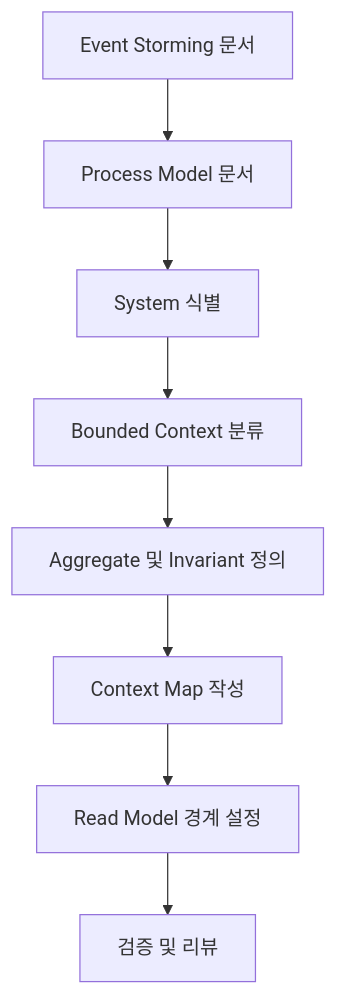
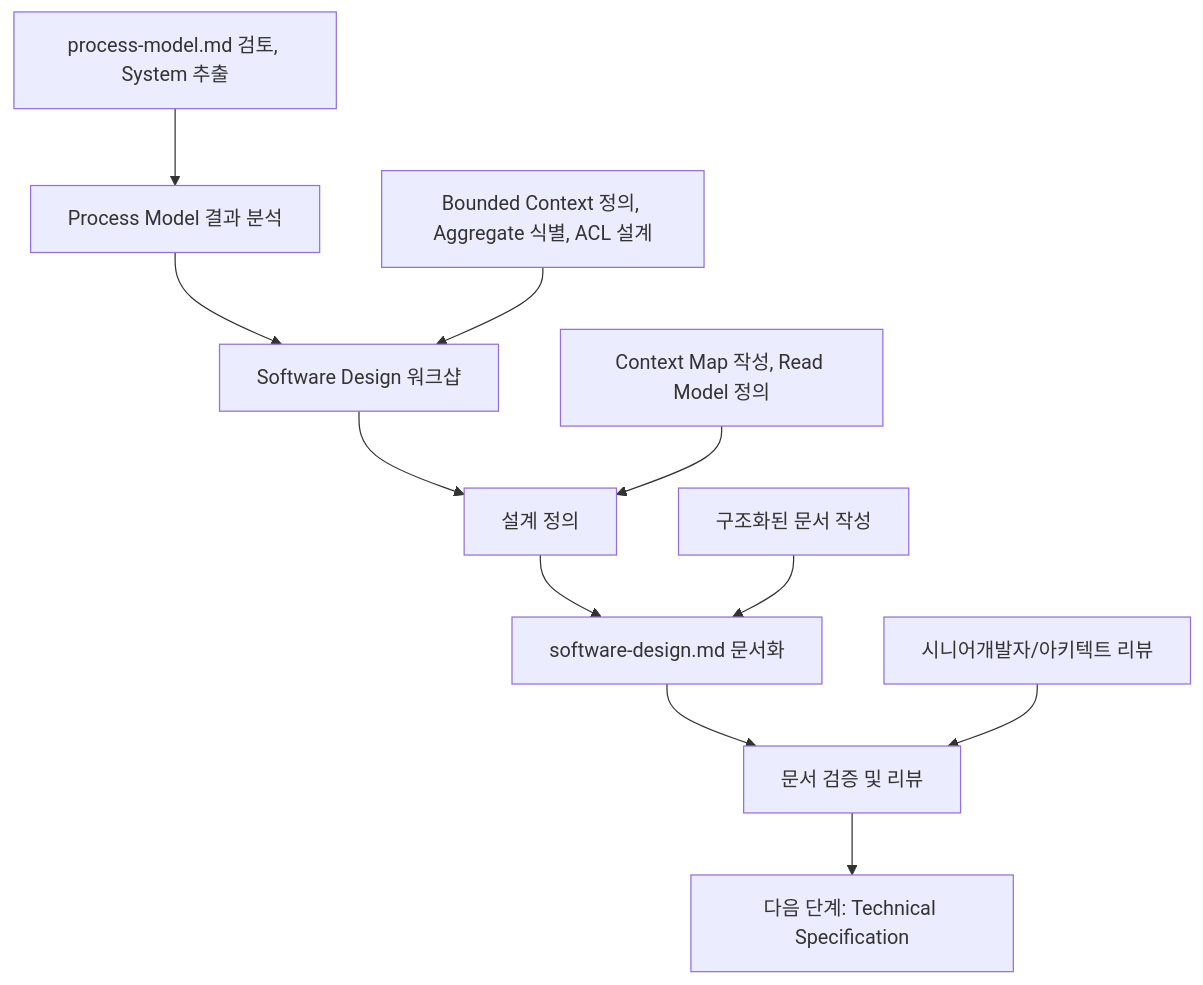
One commit to tyohnn/ssota-canvas changed the diagram in docs/event-domain-design/guide/03-software-design-guide.md. Above: the diagram before and after it, drawn with Mermaid. The commit also changed other lines of this file and 45 other files, not shown here.

````diff
--- a/docs/event-domain-design/guide/03-software-design-guide.md
+++ b/docs/event-domain-design/guide/03-software-design-guide.md
@@ -11,10 +11,14 @@
 ```mermaid
 graph TD
-    A[Event Storming 문서] --> B[Process Model 문서]
-    B --> C[System 식별]
-    C --> D[Bounded Context 분류]
-    D --> E[Aggregate 및 Invariant 정의]
-    E --> F[Context Map 작성]
-    F --> G[Read Model 경계 설정]
-    G --> H[검증 및 리뷰]
+    A[Process Model 결과 분석] --> B[Software Design 워크샵]
+    B --> C[설계 정의]
+    C --> D[software-design.md 문서화]
+    D --> E[문서 검증 및 리뷰]
+    E --> F[다음 단계: Technical Specification]
+    
+    A1[process-model.md 검토, System 추출] --> A
+    B1[Bounded Context 정의, Aggregate 식별, ACL 설계] --> B
+    C1[Context Map 작성, Read Model 정의] --> C
+    D1[구조화된 문서 작성] --> D
+    E1[시니어개발자/아키텍트 리뷰] --> E
 ```
````
